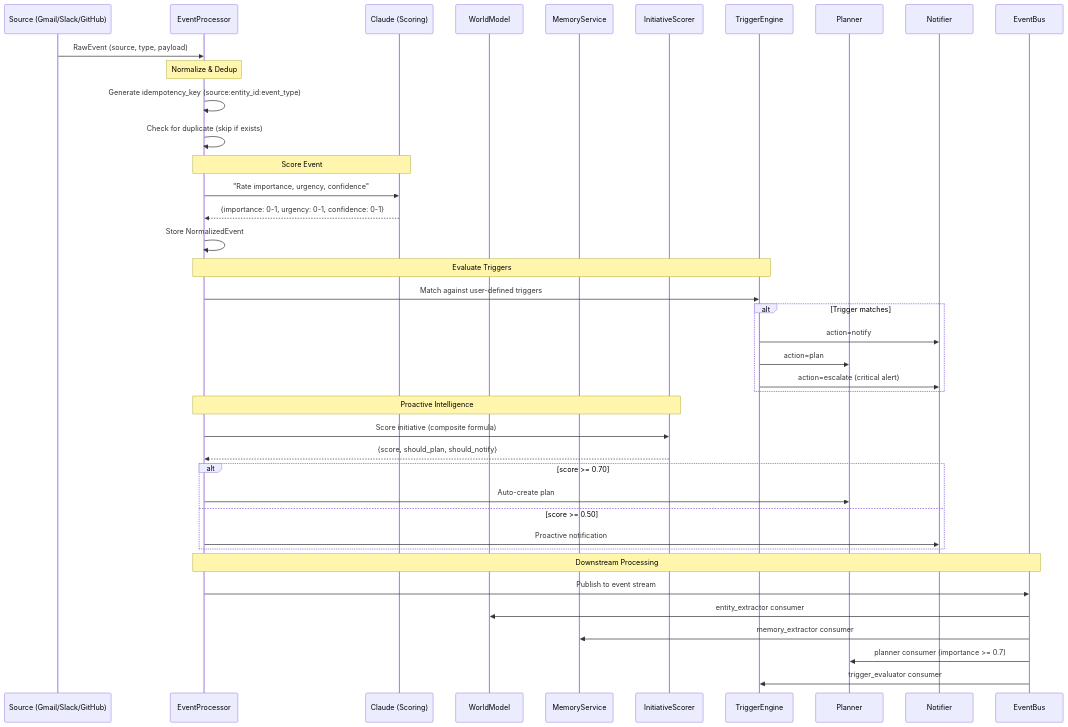
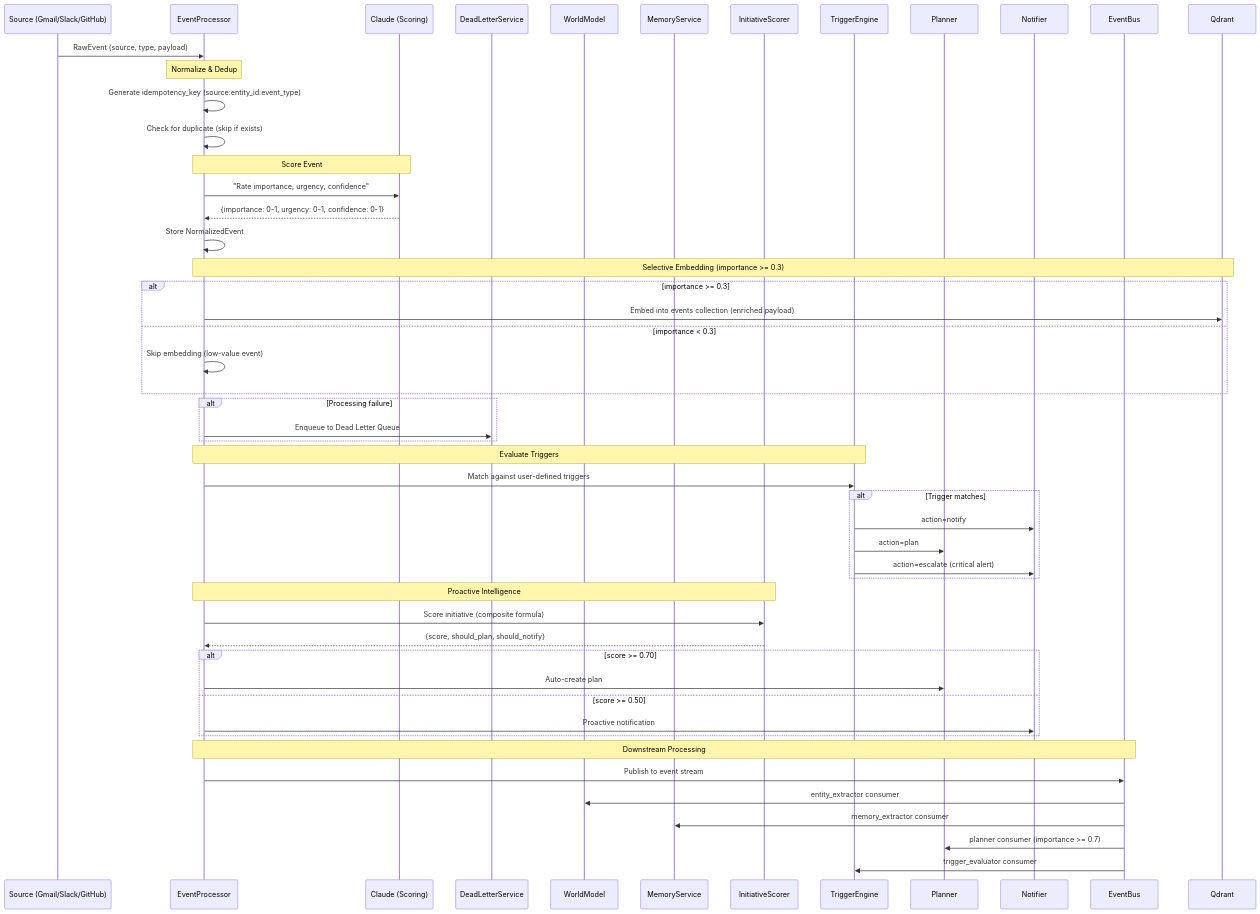
The diagram in docs/architecture/event-system.md (shivadharmi/muldro), drawn with Mermaid before and after one commit. The commit also changed other lines of this file and 11 other files, not shown here.

First line of the commit message:
docs: update all architecture docs and README for post-15-spec redesign

````diff
--- a/docs/architecture/event-system.md
+++ b/docs/architecture/event-system.md
@@ -5,49 +5,62 @@
 ```mermaid
 sequenceDiagram
     participant S as Source (Gmail/Slack/GitHub)
     participant EP as EventProcessor
     participant C as Claude (Scoring)
+    participant DLQ as DeadLetterService
     participant WM as WorldModel
     participant MS as MemoryService
     participant IS as InitiativeScorer
     participant TE as TriggerEngine
     participant PL as Planner
     participant NT as Notifier
     participant EB as EventBus
+    participant QD as Qdrant
 
     S->>EP: RawEvent (source, type, payload)
 
     Note over EP: Normalize & Dedup
     EP->>EP: Generate idempotency_key (source:entity_id:event_type)
     EP->>EP: Check for duplicate (skip if exists)
 
     Note over EP,C: Score Event
     EP->>C: "Rate importance, urgency, confidence"
     C-->>EP: {importance: 0-1, urgency: 0-1, confidence: 0-1}
     EP->>EP: Store NormalizedEvent
+
+    Note over EP,QD: Selective Embedding (importance >= 0.3)
+    alt importance >= 0.3
+        EP->>QD: Embed into events collection (enriched payload)
+    else importance < 0.3
+        EP->>EP: Skip embedding (low-value event)
+    end
+
+    alt Processing failure
+        EP->>DLQ: Enqueue to Dead Letter Queue
+    end
 
     Note over EP,TE: Evaluate Triggers
     EP->>TE: Match against user-defined triggers
     alt Trigger matches
         TE->>NT: action=notify
         TE->>PL: action=plan
         TE->>NT: action=escalate (critical alert)
     end
 
     Note over EP,IS: Proactive Intelligence
     EP->>IS: Score initiative (composite formula)
     IS-->>EP: {score, should_plan, should_notify}
 
     alt score >= 0.70
         EP->>PL: Auto-create plan
     else score >= 0.50
         EP->>NT: Proactive notification
     end
 
     Note over EP,EB: Downstream Processing
     EP->>EB: Publish to event stream
     EB->>WM: entity_extractor consumer
     EB->>MS: memory_extractor consumer
     EB->>PL: planner consumer (importance >= 0.7)
     EB->>TE: trigger_evaluator consumer
 ```
````
